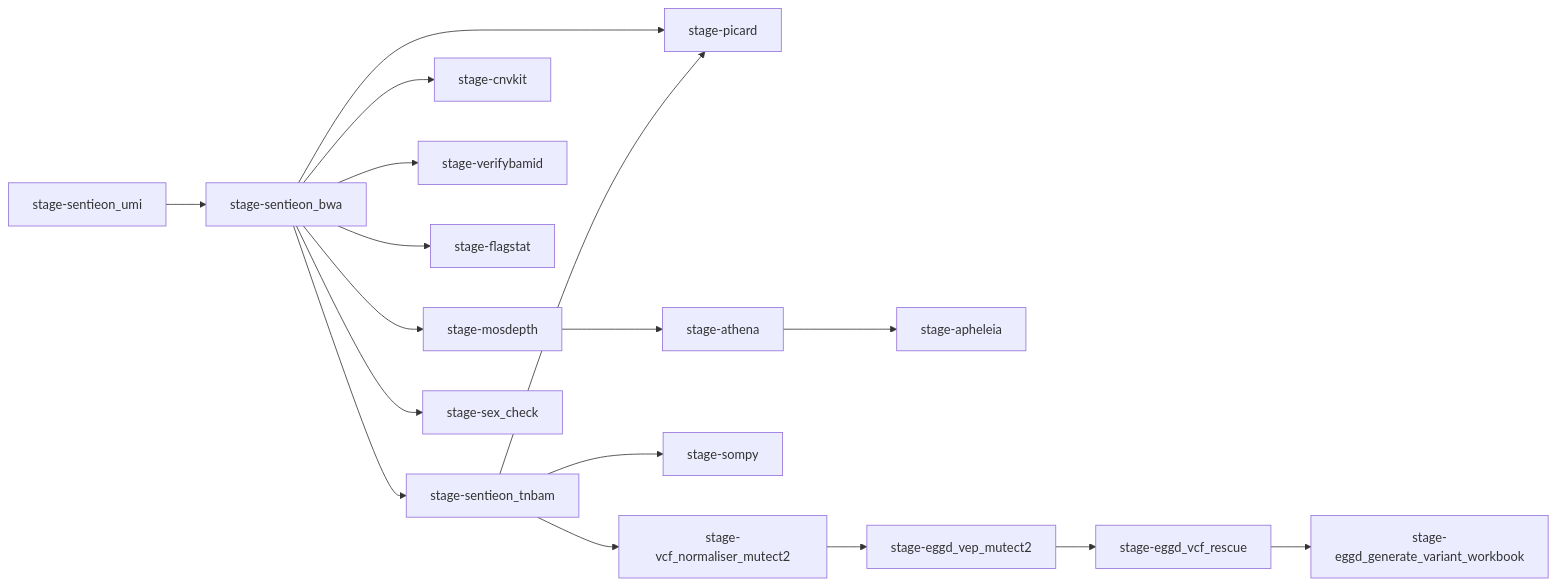
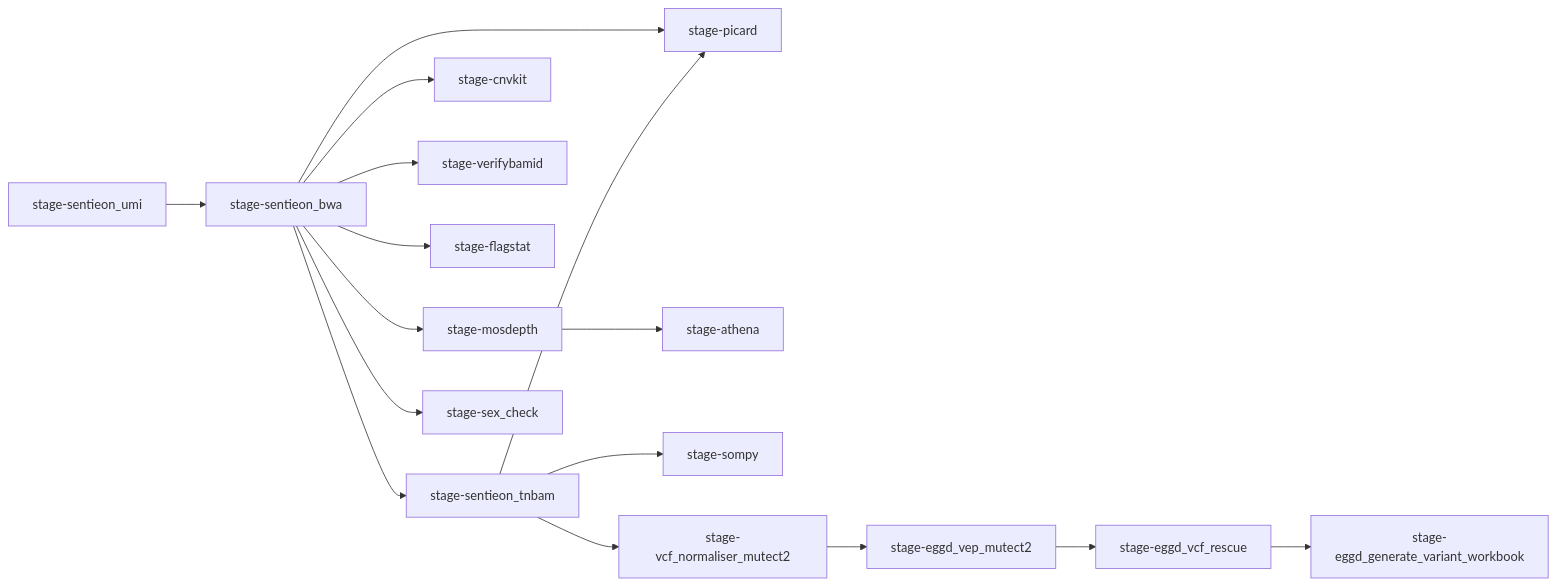
Before and after one commit to eastgenomics/eggd_atlas_main_workflow: the diagram in workflow_diagram.mmd, drawn with Mermaid.

Commit message:
Removed apheleia stage from workflow diagram

```diff
--- a/workflow_diagram.mmd
+++ b/workflow_diagram.mmd
@@ -1,40 +1,38 @@
 graph LR
   S_BWA["stage-sentieon_bwa"]
   S_UMI["stage-sentieon_umi"]
   S_TNBAM["stage-sentieon_tnbam"]
   CNV["stage-cnvkit"]
   VERIFY["stage-verifybamid"]
   PICARD["stage-picard"]
   FLAG["stage-flagstat"]
   MOS["stage-mosdepth"]
   ATH["stage-athena"]
   SEX["stage-sex_check"]
   SOMPY["stage-sompy"]
-  APH["stage-apheleia"]
   VN_MUT["stage-vcf_normaliser_mutect2"]
   VEP_MUT["stage-eggd_vep_mutect2"]
   RESCUE["stage-eggd_vcf_rescue"]
   GENWB["stage-eggd_generate_variant_workbook"]
 
   %% Primary data flow edges (from JSON links)
   S_BWA --> S_TNBAM
   S_UMI --> S_BWA
   S_BWA --> CNV
   S_BWA --> VERIFY
   S_BWA --> PICARD
   S_TNBAM --> PICARD
   S_BWA --> FLAG
   S_BWA --> MOS
   MOS --> ATH
-  ATH --> APH
   S_BWA --> SEX
   S_TNBAM --> SOMPY
 
   %% VCF normalization / annotation flow
   S_TNBAM --> VN_MUT
   VN_MUT --> VEP_MUT
   VEP_MUT --> RESCUE
   RESCUE --> GENWB
 
   %% Independent/standalone nodes
   CNV
```
